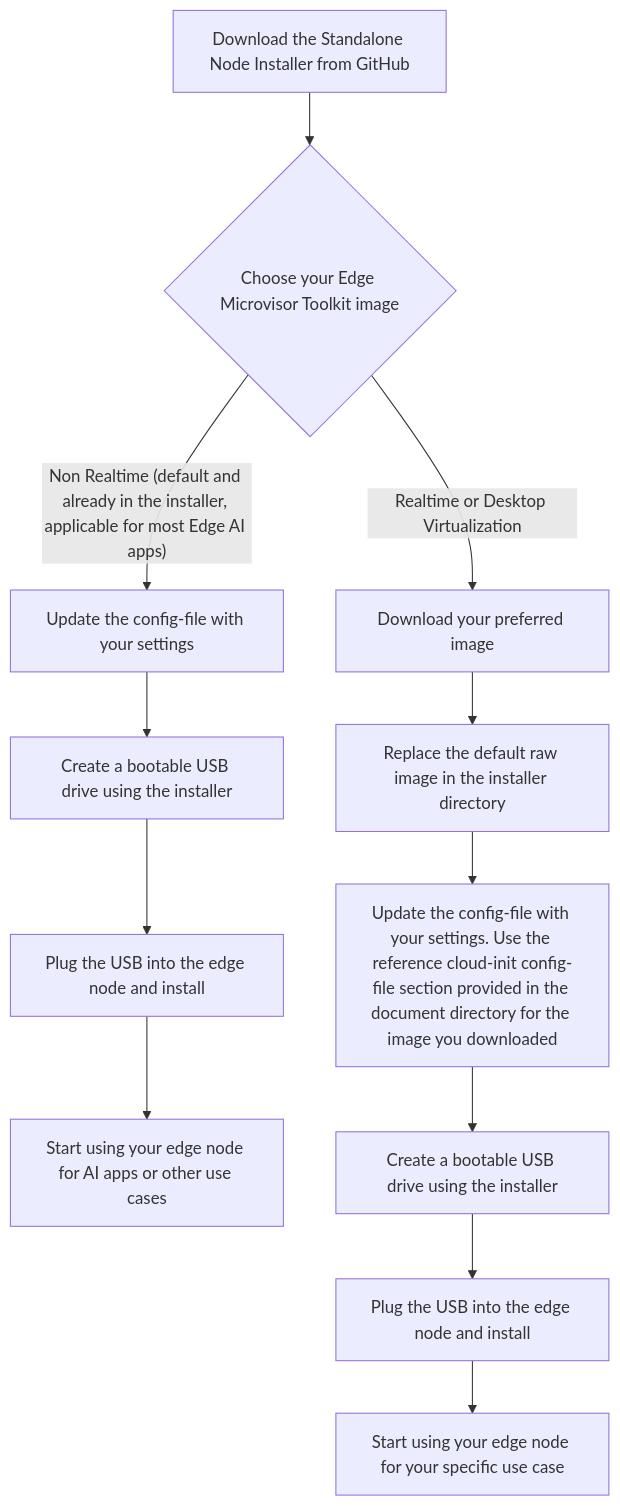
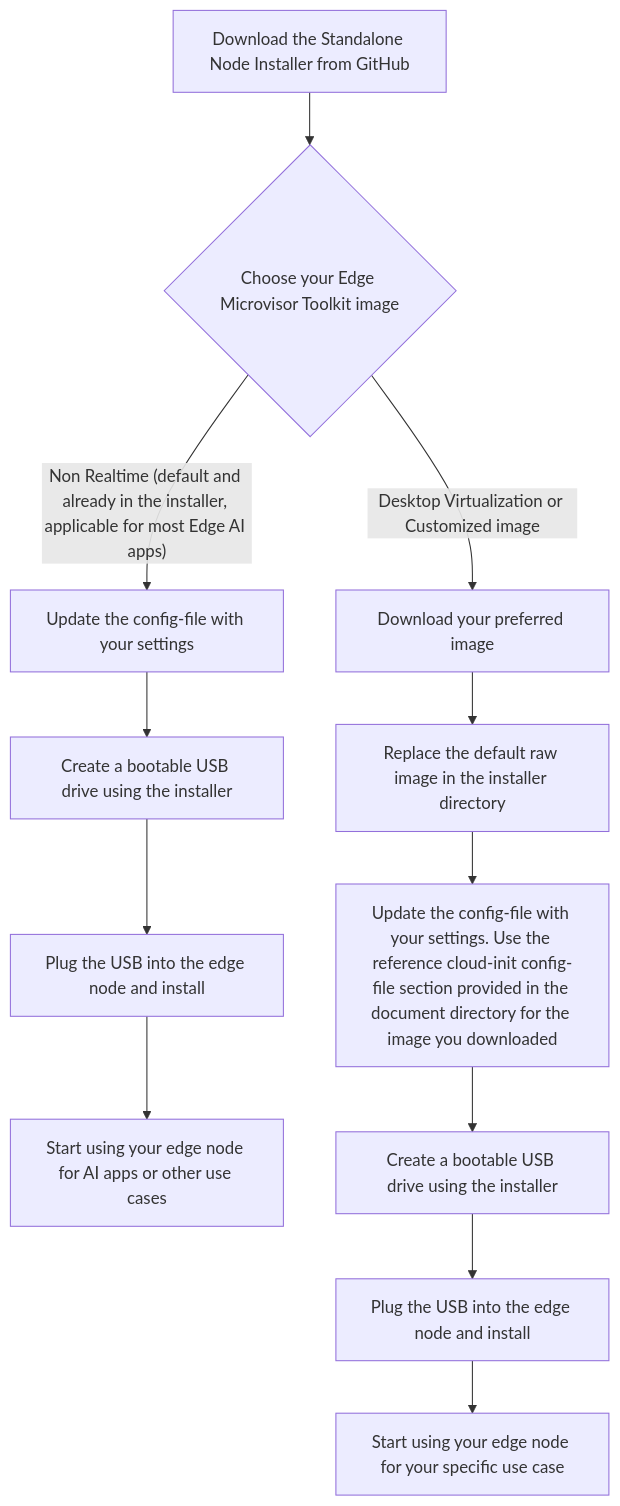
The diagram in standalone-node/docs/user-guide/get-started-guide.md (sgolebiewski-intel/edge-microvisor-toolkit-standalone-node), drawn with Mermaid before and after one commit. The commit also changed other lines of this file and 1 other file, not shown here.

````diff
--- a/standalone-node/docs/user-guide/get-started-guide.md
+++ b/standalone-node/docs/user-guide/get-started-guide.md
@@ -43,16 +47,16 @@
 ```mermaid
 flowchart TD
    A[Download the Standalone Node Installer from GitHub]
    A --> B{Choose your Edge Microvisor Toolkit image}
    B -- "Non Realtime (default and already in the installer, applicable for most Edge AI apps)" --> C[Update the config-file with your settings]
    C --> D[Create a bootable USB drive using the installer]
    D --> E[Plug the USB into the edge node and install]
    E --> F[Start using your edge node for AI apps or other use cases]
 
-   B -- "Realtime or Desktop Virtualization" --> G[Download your preferred image]
+   B -- "Desktop Virtualization or Customized image" --> G[Download your preferred image]
    G --> H[Replace the default raw image in the installer directory]
    H --> I[Update the config-file with your settings. Use the reference cloud-init config-file section provided in the document directory for the image you downloaded]
    I --> J[Create a bootable USB drive using the installer]
    J --> K[Plug the USB into the edge node and install]
    K --> L[Start using your edge node for your specific use case]
 ```
````
